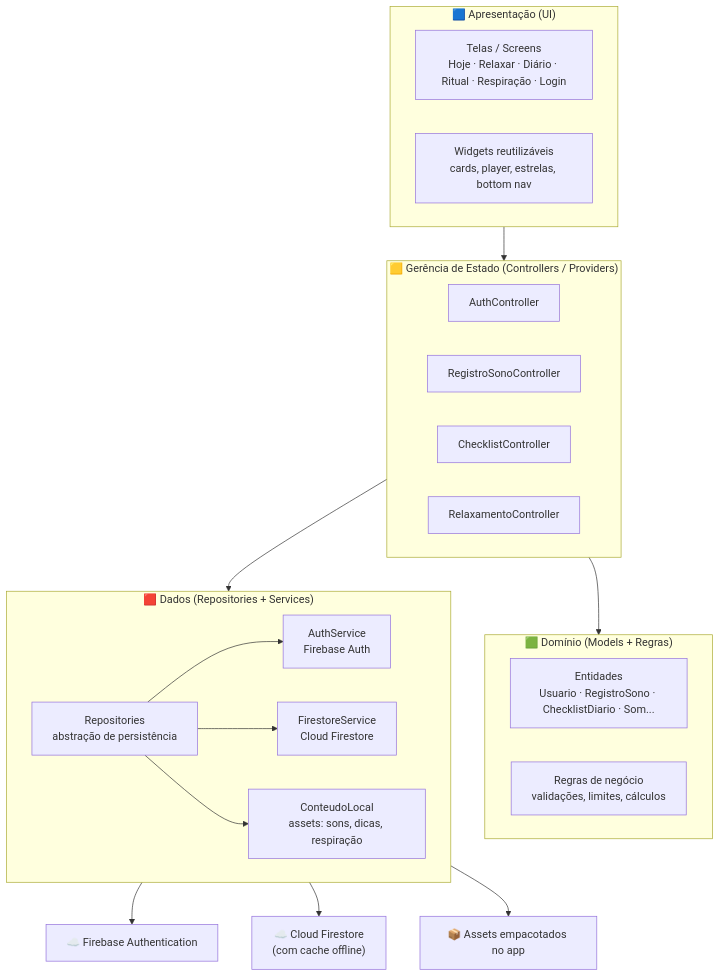
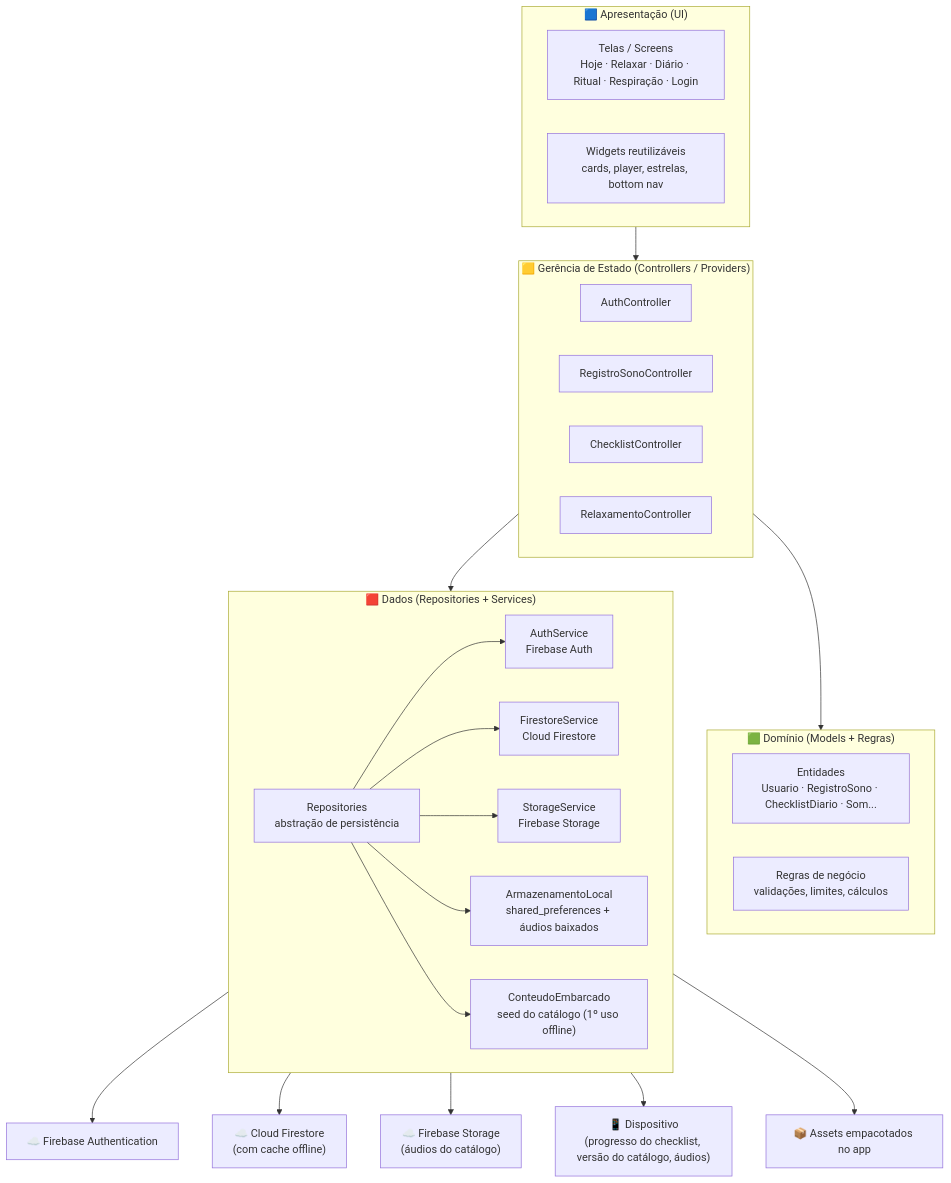
One commit to juliacabrl/SonoLeve changed the first of 3 diagrams in docs/arquitetura.md. Above: the diagram before and after it, drawn with Mermaid. The commit also changed other lines of this file and 146 other files, not shown here.

Commit message:
Docs: catálogo remoto (Firestore + Storage); protótipo de baixa fidelidade em Flutter (app/)

````diff
--- a/docs/arquitetura.md
+++ b/docs/arquitetura.md
@@ -21,39 +22,45 @@
 ```mermaid
 flowchart TB
     subgraph APR["🟦 Apresentação (UI)"]
         direction LR
         TELAS["Telas / Screens<br/>Hoje · Relaxar · Diário · Ritual · Respiração · Login"]
         WIDGETS["Widgets reutilizáveis<br/>cards, player, estrelas, bottom nav"]
     end
 
     subgraph EST["🟨 Gerência de Estado (Controllers / Providers)"]
         direction LR
         AUTHC["AuthController"]
         REGC["RegistroSonoController"]
         CHKC["ChecklistController"]
         RELAXC["RelaxamentoController"]
     end
 
     subgraph DOM["🟩 Domínio (Models + Regras)"]
         direction LR
         MODELS["Entidades<br/>Usuario · RegistroSono · ChecklistDiario · Som..."]
         REGRAS["Regras de negócio<br/>validações, limites, cálculos"]
     end
 
     subgraph DADOS["🟥 Dados (Repositories + Services)"]
         direction LR
         REPOS["Repositories<br/>abstração de persistência"]
         AUTHS["AuthService<br/>Firebase Auth"]
         FIRES["FirestoreService<br/>Cloud Firestore"]
-        LOCAL["ConteudoLocal<br/>assets: sons, dicas, respiração"]
+        STORS["StorageService<br/>Firebase Storage"]
+        LOCALS["ArmazenamentoLocal<br/>shared_preferences + áudios baixados"]
+        SEED["ConteudoEmbarcado<br/>seed do catálogo (1º uso offline)"]
     end
 
     APR --> EST --> DOM
     EST --> REPOS
     REPOS --> AUTHS
     REPOS --> FIRES
-    REPOS --> LOCAL
+    REPOS --> STORS
+    REPOS --> LOCALS
+    REPOS --> SEED
     AUTHS --> FB["☁️ Firebase Authentication"]
     FIRES --> FS["☁️ Cloud Firestore<br/>(com cache offline)"]
-    LOCAL --> AST["📦 Assets empacotados no app"]
+    STORS --> ST["☁️ Firebase Storage<br/>(áudios do catálogo)"]
+    LOCALS --> SP["📱 Dispositivo<br/>(progresso do checklist, versão do catálogo, áudios)"]
+    SEED --> AST["📦 Assets empacotados no app"]
 ```
````
